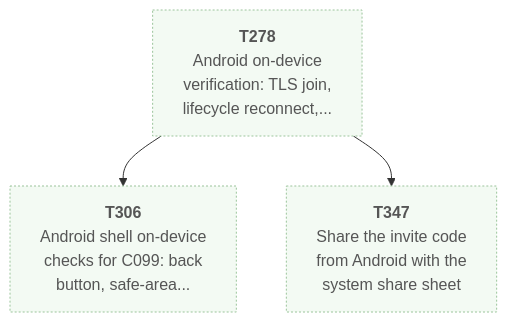
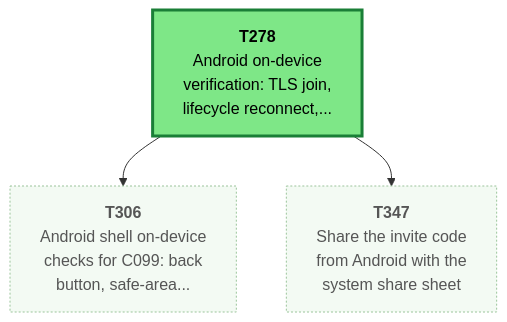
Before and after one commit to Kenmura/UncivSharp: the first of 4 diagrams in csharp/migration/DEPENDENCY_MAP.md, drawn with Mermaid. The commit also changed other lines of this file and 2 other files, not shown here.

````diff
--- a/csharp/migration/DEPENDENCY_MAP.md
+++ b/csharp/migration/DEPENDENCY_MAP.md
@@ -52,18 +71,18 @@
 ```mermaid
 flowchart TD
   T278["<b>T278</b><br/>Android on-device<br/>verification: TLS join,<br/>lifecycle reconnect,..."]
   T306["<b>T306</b><br/>Android shell on-device<br/>checks for C099: back<br/>button, safe-area..."]
   T347["<b>T347</b><br/>Share the invite code<br/>from Android with the<br/>system share sheet"]
   T278 --> T306
   T278 --> T347
   classDef waiting fill:#f3faf3,stroke:#9bc49b,color:#555,stroke-dasharray:2 2
   classDef ondeck fill:#ffe8cc,stroke:#e8590c,stroke-width:3px,color:#000
   classDef ready fill:#7ee787,stroke:#1a7f37,stroke-width:3px,color:#000
   classDef prog fill:#fff3b0,stroke:#b58900,color:#000
   classDef review fill:#cfe4ff,stroke:#1f6feb,color:#000
   classDef blocked fill:#ffd6d6,stroke:#c62828,color:#000
   classDef done fill:#eeeeee,stroke:#999999,color:#666,stroke-dasharray:4 3
-  class T278 waiting
+  class T278 ready
   class T306 waiting
   class T347 waiting
 ```
````
